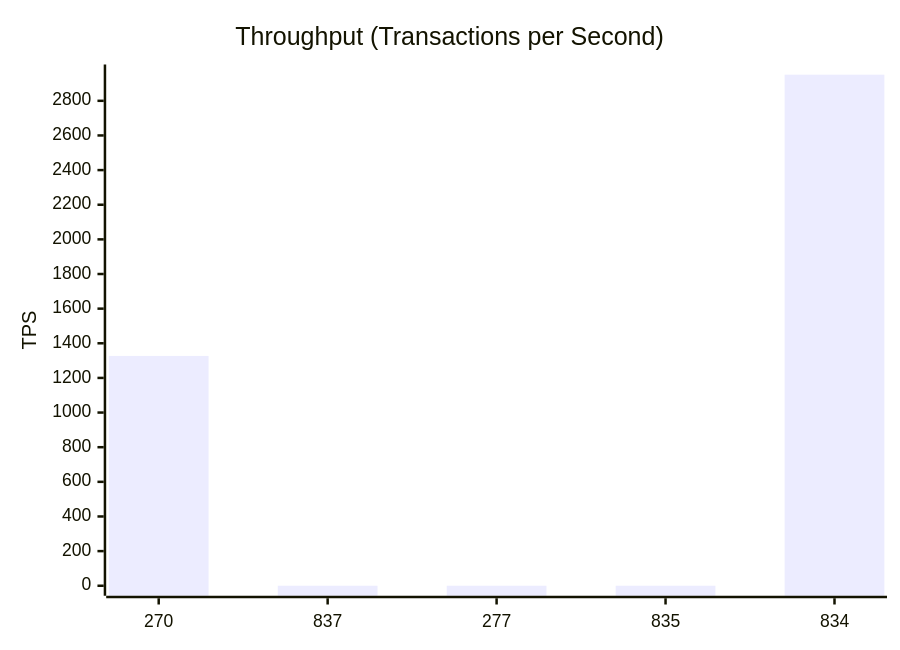
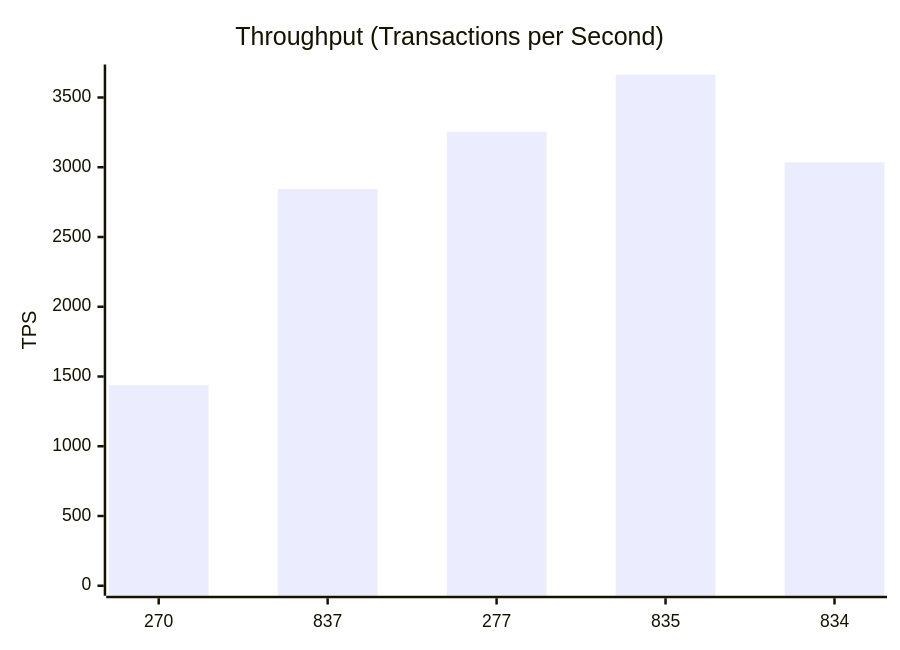
The third of 11 diagrams in test-tools/DataGen/src/Statistics_Visualizer.md (dhagan-va/intern-2025), drawn with Mermaid before and after one commit. The commit also changed other lines of this file and 2 other files, not shown here.

Commit message:
update to insure proper flow between 834 and 999

````diff
--- a/test-tools/DataGen/src/Statistics_Visualizer.md
+++ b/test-tools/DataGen/src/Statistics_Visualizer.md
@@ -40,7 +40,7 @@
 ```mermaid
 xychart-beta
     title "Throughput (Transactions per Second)"
     x-axis ["270", "837", "277", "835", "834"]
-    y-axis "TPS" 0 --> 2951.931607672566
-    bar [1326.829268292683, 0.0, 0.0, 0.0, 2950.931607672566]
+    y-axis "TPS" 0 --> 3664.8641911058658
+    bar [1436.999702164311, 2844.08863701668, 3254.2232962934995, 3663.8641911058658, 3035.3404472701823]
 ```
````
